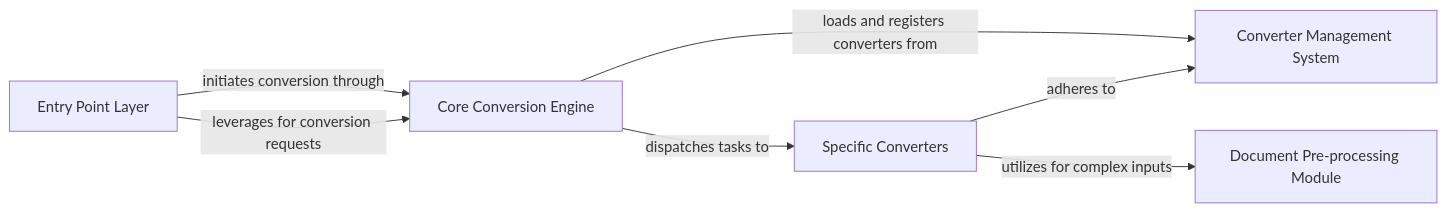
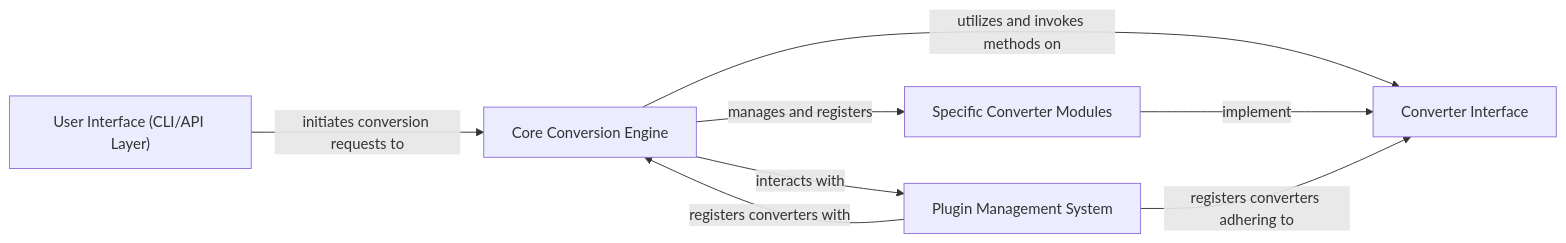
One commit to CodeBoarding/GeneratedOnBoardings changed the diagram in markitdown/on_boarding.md. Above: the diagram before and after it, drawn with Mermaid. The commit also changed other lines of this file, not shown here.

````diff
--- a/markitdown/on_boarding.md
+++ b/markitdown/on_boarding.md
@@ -1,14 +1,15 @@
 ```mermaid
 graph LR
-    Entry_Point_Layer["Entry Point Layer"]
+    User_Interface_CLI_API_Layer_["User Interface (CLI/API Layer)"]
     Core_Conversion_Engine["Core Conversion Engine"]
-    Converter_Management_System["Converter Management System"]
-    Specific_Converters["Specific Converters"]
-    Document_Pre_processing_Module["Document Pre-processing Module"]
-    Entry_Point_Layer -- "initiates conversion through" --> Core_Conversion_Engine
-    Entry_Point_Layer -- "leverages for conversion requests" --> Core_Conversion_Engine
-    Core_Conversion_Engine -- "dispatches tasks to" --> Specific_Converters
-    Core_Conversion_Engine -- "loads and registers converters from" --> Converter_Management_System
-    Specific_Converters -- "adheres to" --> Converter_Management_System
-    Specific_Converters -- "utilizes for complex inputs" --> Document_Pre_processing_Module
+    Converter_Interface["Converter Interface"]
+    Specific_Converter_Modules["Specific Converter Modules"]
+    Plugin_Management_System["Plugin Management System"]
+    User_Interface_CLI_API_Layer_ -- "initiates conversion requests to" --> Core_Conversion_Engine
+    Core_Conversion_Engine -- "utilizes and invokes methods on" --> Converter_Interface
+    Core_Conversion_Engine -- "manages and registers" --> Specific_Converter_Modules
+    Core_Conversion_Engine -- "interacts with" --> Plugin_Management_System
+    Specific_Converter_Modules -- "implement" --> Converter_Interface
+    Plugin_Management_System -- "registers converters with" --> Core_Conversion_Engine
+    Plugin_Management_System -- "registers converters adhering to" --> Converter_Interface
 ```
````
